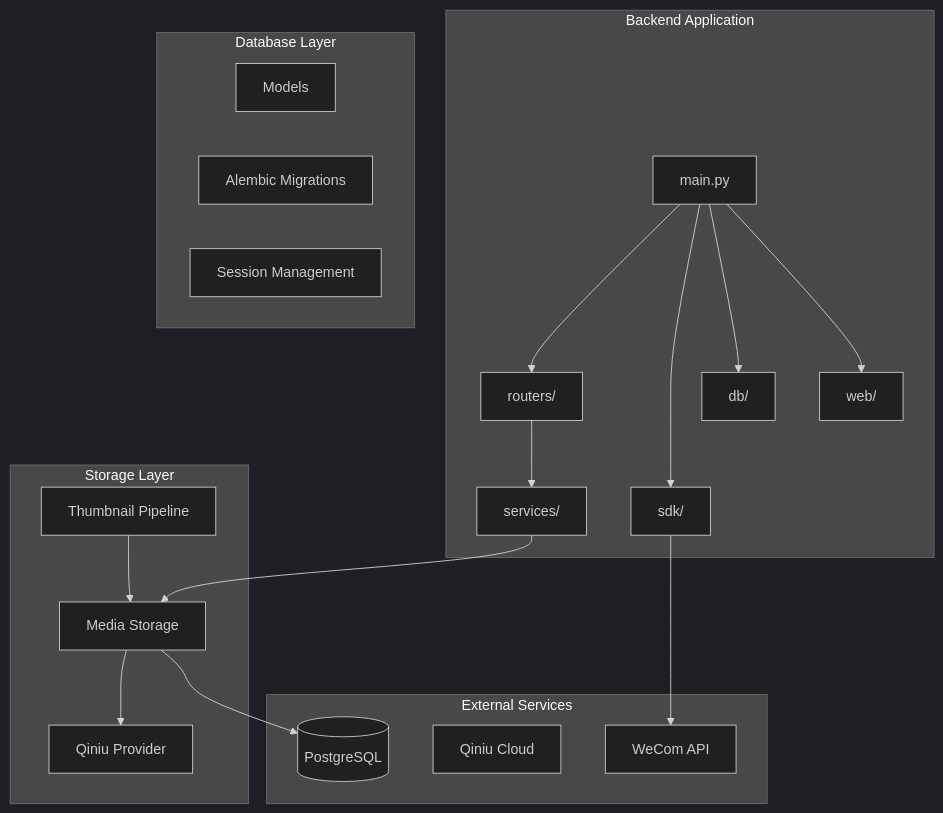
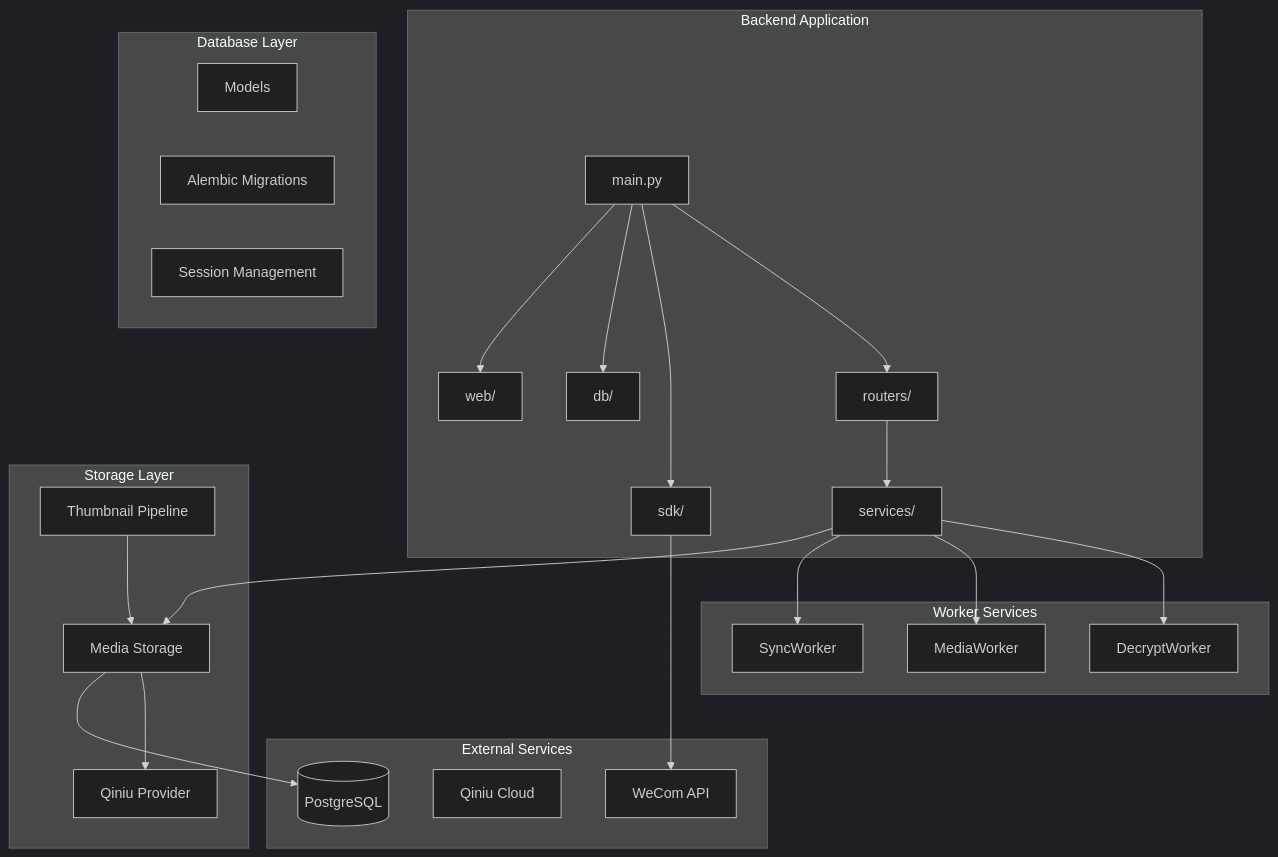
One commit to zuohaisu/wecom-archive changed the first of 13 diagrams in .qoder/repowiki/en/content/Architecture/Architecture.md. Above: the diagram before and after it, drawn with Mermaid (dark theme). The commit also changed other lines of this file and 90 other files, not shown here.

````diff
--- a/.qoder/repowiki/en/content/Architecture/Architecture.md
+++ b/.qoder/repowiki/en/content/Architecture/Architecture.md
@@ -40,36 +52,44 @@
 ```mermaid
 graph TB
 subgraph "Backend Application"
 main[main.py]
 routers[routers/]
 sdk[sdk/]
 db[db/]
 web[web/]
 services[services/]
 end
 subgraph "Database Layer"
 models[Models]
 migrations[Alembic Migrations]
 session[Session Management]
 end
 subgraph "Storage Layer"
 media_storage[Media Storage]
 qiniu[Qiniu Provider]
 thumbnails[Thumbnail Pipeline]
 end
+subgraph "Worker Services"
+decrypt_worker[DecryptWorker]
+media_worker[MediaWorker]
+sync_worker[SyncWorker]
+end
 subgraph "External Services"
 wecom[WeCom API]
 qiniu_cloud[Qiniu Cloud]
 database[(PostgreSQL)]
 end
 main --> routers
 main --> sdk
 main --> db
 main --> web
 routers --> services
+services --> decrypt_worker
+services --> media_worker
+services --> sync_worker
 sdk --> wecom
 services --> media_storage
 media_storage --> qiniu
 media_storage --> database
 thumbnails --> media_storage
 ```
````
